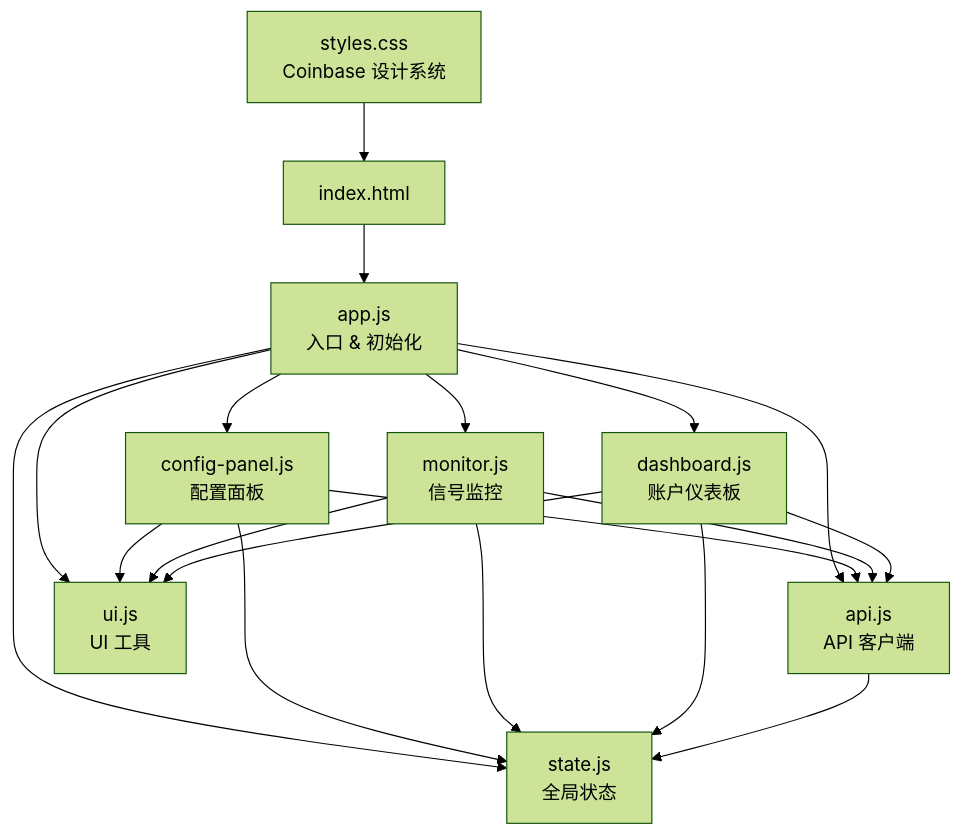
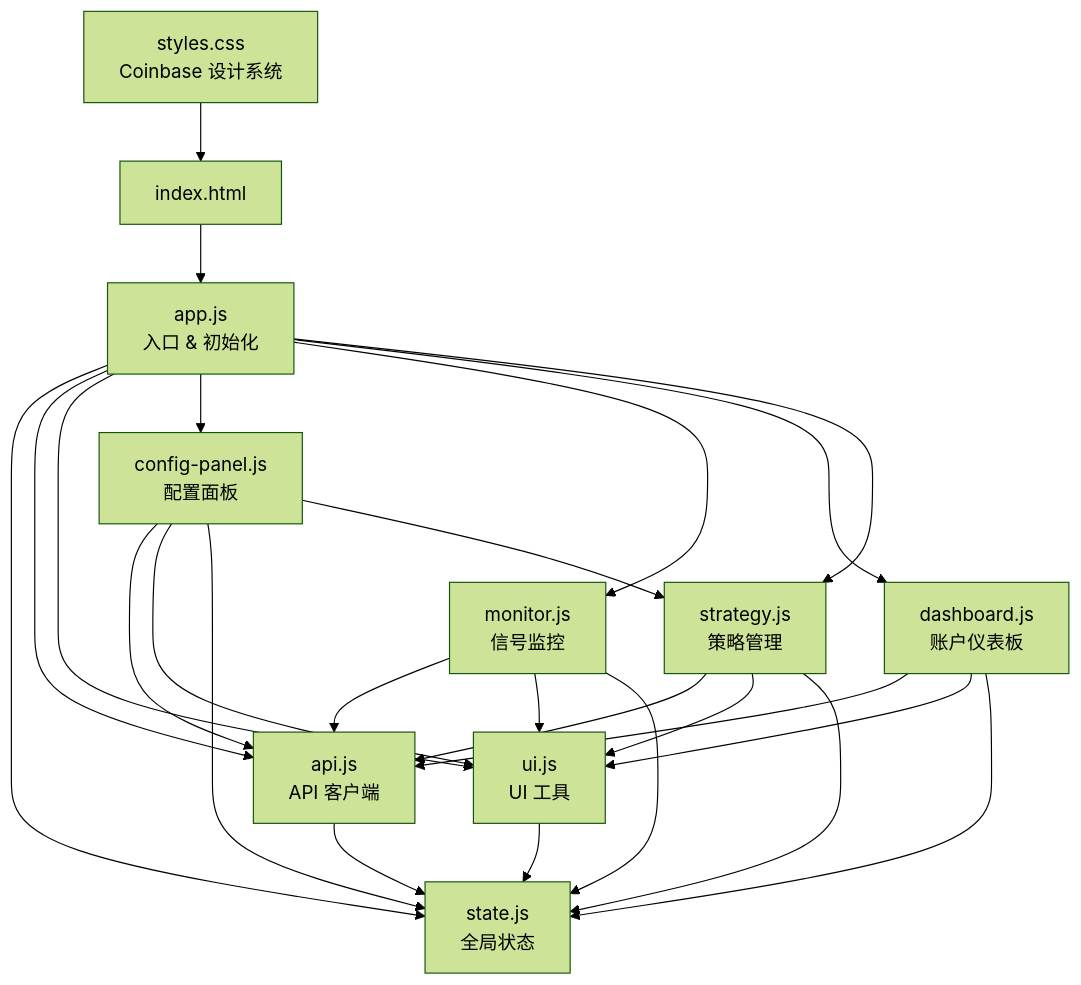
The fourth of 5 diagrams in IMPLEMENTATION_PLAN.md (Dada-liu/QMT-Live-Assistant), drawn with Mermaid (forest theme) before and after one commit. The commit also changed other lines of this file and 16 other files, not shown here.

````diff
--- a/IMPLEMENTATION_PLAN.md
+++ b/IMPLEMENTATION_PLAN.md
@@ -184,23 +205,29 @@
 ```mermaid
 graph TB
     APP["app.js<br/>入口 & 初始化"] --> STATE["state.js<br/>全局状态"]
     APP --> API["api.js<br/>API 客户端"]
     APP --> UI["ui.js<br/>UI 工具"]
     APP --> CFG["config-panel.js<br/>配置面板"]
     APP --> MON["monitor.js<br/>信号监控"]
     APP --> DASH["dashboard.js<br/>账户仪表板"]
+    APP --> STRAT["strategy.js<br/>策略管理"]
 
     CFG --> API
     CFG --> UI
     CFG --> STATE
+    CFG --> STRAT
     MON --> API
     MON --> UI
     MON --> STATE
     DASH --> API
     DASH --> UI
     DASH --> STATE
+    STRAT --> API
+    STRAT --> UI
+    STRAT --> STATE
     API --> STATE
+    UI --> STATE
 
     HTML["index.html"] --> APP
     CSS["styles.css<br/>Coinbase 设计系统"] --> HTML
 ```
````
